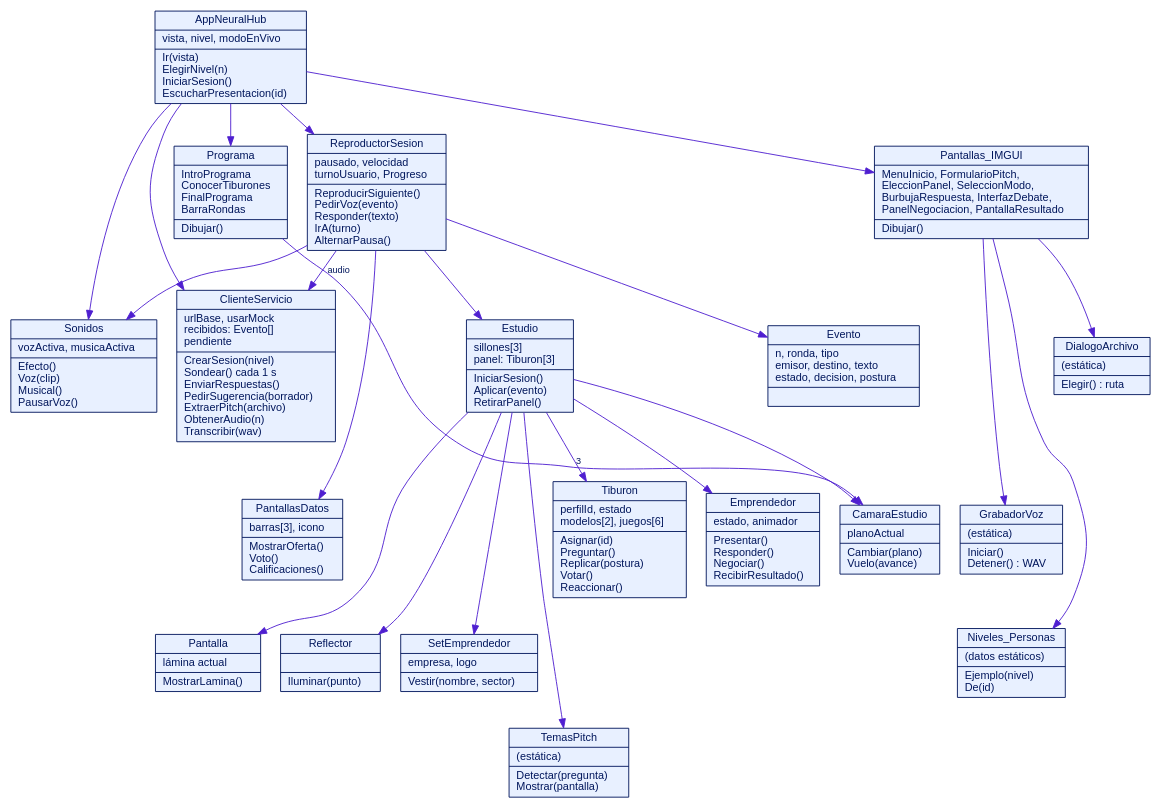
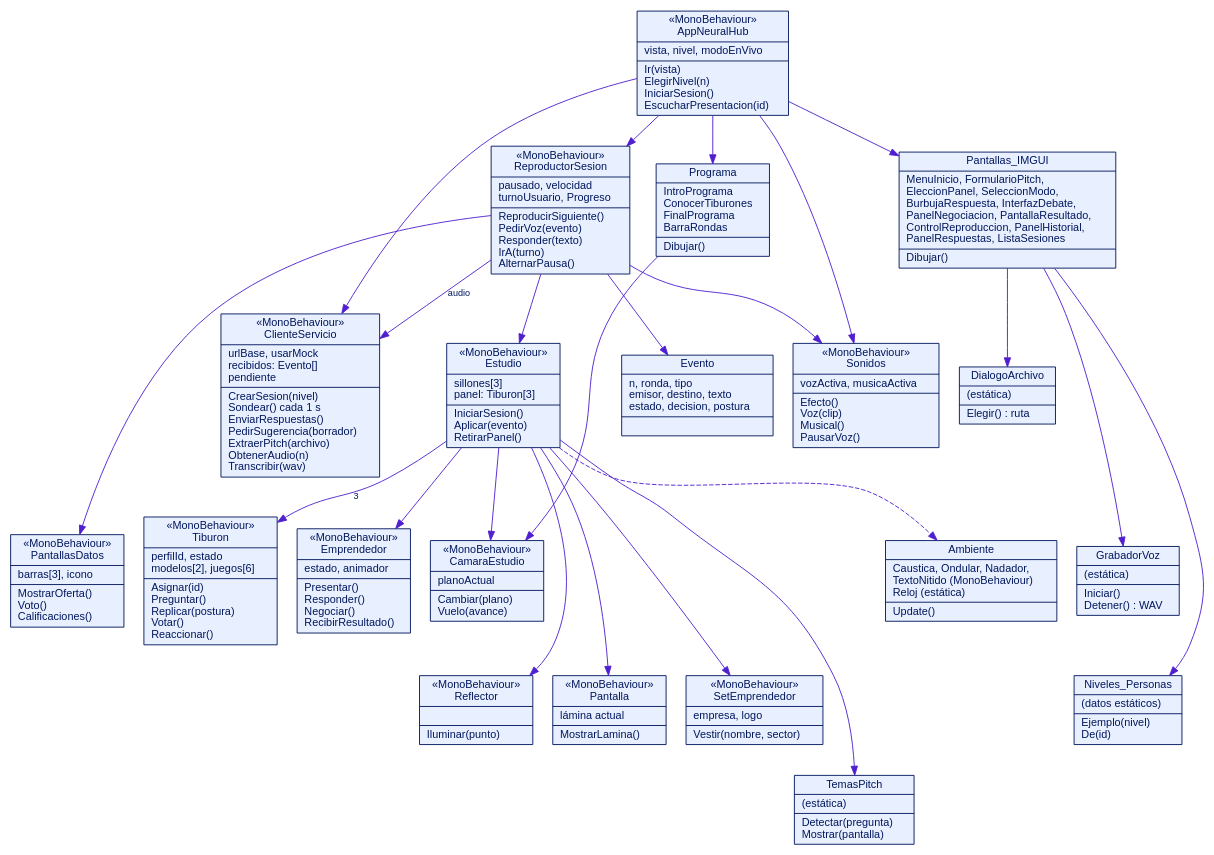
Before and after one commit to albertolopezb/NeuralHub: the diagram in docs/figuras/f05b_clases_unity.dot, drawn with Graphviz. The commit also changed 26 other files, not shown here.

Commit message:
Correcciones de la revisión: diagramas, captura de tiburones, cifras y límites declarados

```diff
--- a/docs/figuras/f05b_clases_unity.dot
+++ b/docs/figuras/f05b_clases_unity.dot
@@ -1,26 +1,28 @@
 digraph G{ bgcolor=white; fontname="Helvetica"; node[fontname="Helvetica",fontsize=12,color="#00165C",fontcolor="#00165C",shape=record,style=filled]; edge[fontname="Helvetica",fontsize=10,color="#4F1FD0",fontcolor="#00165C"]; rankdir=TB; nodesep=.3; ranksep=.45;
-AppNeuralHub[fillcolor="#E8F0FF",label="{AppNeuralHub|vista, nivel, modoEnVivo\l|Ir(vista)\lElegirNivel(n)\lIniciarSesion()\lEscucharPresentacion(id)\l}"];
-ClienteServicio[fillcolor="#E8F0FF",label="{ClienteServicio|urlBase, usarMock\lrecibidos: Evento[]\lpendiente\l|CrearSesion(nivel)\lSondear() cada 1 s\lEnviarRespuestas()\lPedirSugerencia(borrador)\lExtraerPitch(archivo)\lObtenerAudio(n)\lTranscribir(wav)\l}"];
-ReproductorSesion[fillcolor="#E8F0FF",label="{ReproductorSesion|pausado, velocidad\lturnoUsuario, Progreso\l|ReproducirSiguiente()\lPedirVoz(evento)\lResponder(texto)\lIrA(turno)\lAlternarPausa()\l}"];
-Estudio[fillcolor="#E8F0FF",label="{Estudio|sillones[3]\lpanel: Tiburon[3]\l|IniciarSesion()\lAplicar(evento)\lRetirarPanel()\l}"];
-Tiburon[fillcolor="#E8F0FF",label="{Tiburon|perfilId, estado\lmodelos[2], juegos[6]\l|Asignar(id)\lPreguntar()\lReplicar(postura)\lVotar()\lReaccionar()\l}"];
-Emprendedor[fillcolor="#E8F0FF",label="{Emprendedor|estado, animador\l|Presentar()\lResponder()\lNegociar()\lRecibirResultado()\l}"];
-CamaraEstudio[fillcolor="#E8F0FF",label="{CamaraEstudio|planoActual\l|Cambiar(plano)\lVuelo(avance)\l}"];
-Reflector[fillcolor="#E8F0FF",label="{Reflector||Iluminar(punto)\l}"];
-Pantalla[fillcolor="#E8F0FF",label="{Pantalla|lámina actual\l|MostrarLamina()\l}"];
-PantallasDatos[fillcolor="#E8F0FF",label="{PantallasDatos|barras[3], icono\l|MostrarOferta()\lVoto()\lCalificaciones()\l}"];
-SetEmprendedor[fillcolor="#E8F0FF",label="{SetEmprendedor|empresa, logo\l|Vestir(nombre, sector)\l}"];
-Sonidos[fillcolor="#E8F0FF",label="{Sonidos|vozActiva, musicaActiva\l|Efecto()\lVoz(clip)\lMusical()\lPausarVoz()\l}"];
+AppNeuralHub[fillcolor="#E8F0FF",label="{«MonoBehaviour»\nAppNeuralHub|vista, nivel, modoEnVivo\l|Ir(vista)\lElegirNivel(n)\lIniciarSesion()\lEscucharPresentacion(id)\l}"];
+ClienteServicio[fillcolor="#E8F0FF",label="{«MonoBehaviour»\nClienteServicio|urlBase, usarMock\lrecibidos: Evento[]\lpendiente\l|CrearSesion(nivel)\lSondear() cada 1 s\lEnviarRespuestas()\lPedirSugerencia(borrador)\lExtraerPitch(archivo)\lObtenerAudio(n)\lTranscribir(wav)\l}"];
+ReproductorSesion[fillcolor="#E8F0FF",label="{«MonoBehaviour»\nReproductorSesion|pausado, velocidad\lturnoUsuario, Progreso\l|ReproducirSiguiente()\lPedirVoz(evento)\lResponder(texto)\lIrA(turno)\lAlternarPausa()\l}"];
+Estudio[fillcolor="#E8F0FF",label="{«MonoBehaviour»\nEstudio|sillones[3]\lpanel: Tiburon[3]\l|IniciarSesion()\lAplicar(evento)\lRetirarPanel()\l}"];
+Tiburon[fillcolor="#E8F0FF",label="{«MonoBehaviour»\nTiburon|perfilId, estado\lmodelos[2], juegos[6]\l|Asignar(id)\lPreguntar()\lReplicar(postura)\lVotar()\lReaccionar()\l}"];
+Emprendedor[fillcolor="#E8F0FF",label="{«MonoBehaviour»\nEmprendedor|estado, animador\l|Presentar()\lResponder()\lNegociar()\lRecibirResultado()\l}"];
+CamaraEstudio[fillcolor="#E8F0FF",label="{«MonoBehaviour»\nCamaraEstudio|planoActual\l|Cambiar(plano)\lVuelo(avance)\l}"];
+Reflector[fillcolor="#E8F0FF",label="{«MonoBehaviour»\nReflector||Iluminar(punto)\l}"];
+Pantalla[fillcolor="#E8F0FF",label="{«MonoBehaviour»\nPantalla|lámina actual\l|MostrarLamina()\l}"];
+PantallasDatos[fillcolor="#E8F0FF",label="{«MonoBehaviour»\nPantallasDatos|barras[3], icono\l|MostrarOferta()\lVoto()\lCalificaciones()\l}"];
+SetEmprendedor[fillcolor="#E8F0FF",label="{«MonoBehaviour»\nSetEmprendedor|empresa, logo\l|Vestir(nombre, sector)\l}"];
+Sonidos[fillcolor="#E8F0FF",label="{«MonoBehaviour»\nSonidos|vozActiva, musicaActiva\l|Efecto()\lVoz(clip)\lMusical()\lPausarVoz()\l}"];
 TemasPitch[fillcolor="#E8F0FF",label="{TemasPitch|(estática)\l|Detectar(pregunta)\lMostrar(pantalla)\l}"];
 Niveles_Personas[fillcolor="#E8F0FF",label="{Niveles_Personas|(datos estáticos)\l|Ejemplo(nivel)\lDe(id)\l}"];
 DialogoArchivo[fillcolor="#E8F0FF",label="{DialogoArchivo|(estática)\l|Elegir() : ruta\l}"];
 GrabadorVoz[fillcolor="#E8F0FF",label="{GrabadorVoz|(estática)\l|Iniciar()\lDetener() : WAV\l}"];
 Evento[fillcolor="#E8F0FF",label="{Evento|n, ronda, tipo\lemisor, destino, texto\lestado, decision, postura\l|}"];
 Programa[fillcolor="#E8F0FF",label="{Programa|IntroPrograma\lConocerTiburones\lFinalPrograma\lBarraRondas\l|Dibujar()\l}"];
-Pantallas_IMGUI[fillcolor="#E8F0FF",label="{Pantallas_IMGUI|MenuInicio, FormularioPitch,\lEleccionPanel, SeleccionModo,\lBurbujaRespuesta, InterfazDebate,\lPanelNegociacion, PantallaResultado\l|Dibujar()\l}"];
+Ambiente[fillcolor="#E8F0FF",label="{Ambiente|Caustica, Ondular, Nadador,\lTextoNitido (MonoBehaviour)\lReloj (estática)\l|Update()\l}"];
+Pantallas_IMGUI[fillcolor="#E8F0FF",label="{Pantallas_IMGUI|MenuInicio, FormularioPitch,\lEleccionPanel, SeleccionModo,\lBurbujaRespuesta, InterfazDebate,\lPanelNegociacion, PantallaResultado,\lControlReproduccion, PanelHistorial,\lPanelRespuestas, ListaSesiones\l|Dibujar()\l}"];
 AppNeuralHub->ClienteServicio; AppNeuralHub->ReproductorSesion; AppNeuralHub->Pantallas_IMGUI; AppNeuralHub->Programa; AppNeuralHub->Sonidos;
 ReproductorSesion->Estudio; ReproductorSesion->PantallasDatos; ReproductorSesion->Sonidos; ReproductorSesion->Evento; ReproductorSesion->ClienteServicio[label="audio"];
+Estudio->Ambiente[style=dashed];
 Estudio->Tiburon[label="3"]; Estudio->Emprendedor; Estudio->CamaraEstudio; Estudio->Reflector[minlen=2]; Estudio->Pantalla[minlen=2]; Estudio->SetEmprendedor[minlen=2]; Estudio->TemasPitch[minlen=3];
 Pantallas_IMGUI->DialogoArchivo; ClienteServicio->PantallasDatos[style=invis]; Evento->GrabadorVoz[style=invis]; GrabadorVoz->Niveles_Personas[style=invis];
 Pantallas_IMGUI->GrabadorVoz; Pantallas_IMGUI->Niveles_Personas[constraint=false]; Programa->CamaraEstudio[constraint=false];
 }
```
